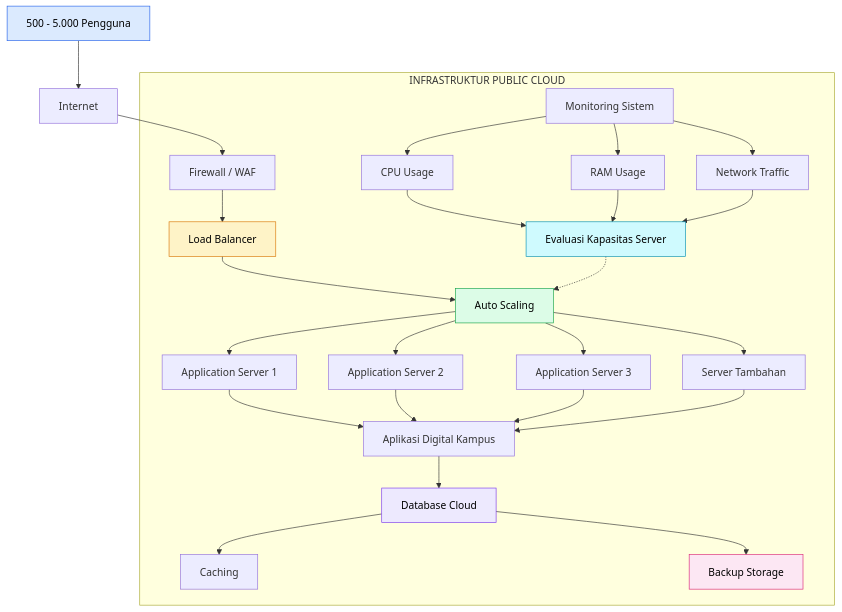
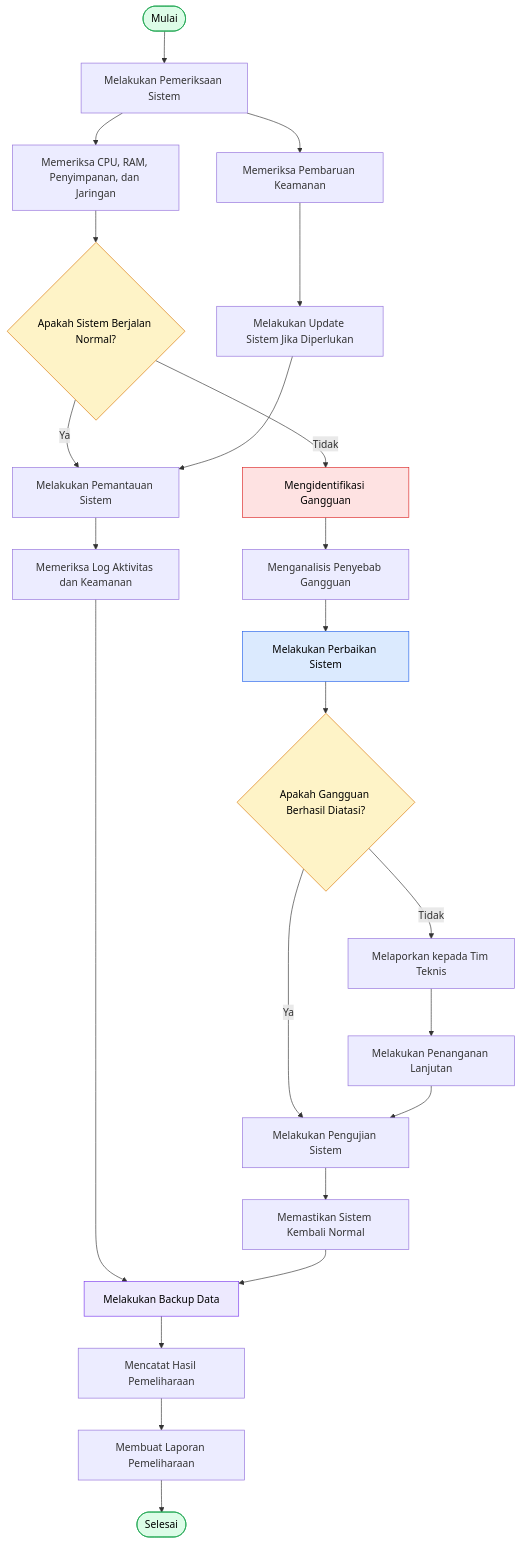
Before and after one commit to Yeni006/Diagram-Arsitektur-Cloud-Digital-Kampus: the diagram in README.md, drawn with Mermaid. The commit also changed other lines of this file, not shown here.

Commit message:
Update flowchart for cloud infrastructure maintenance

````diff
--- a/README.md
+++ b/README.md
@@ -4,64 +4,39 @@
 ```mermaid
 flowchart TD
-    A["500 - 5.000 Pengguna"]
-    B["Internet"]
-    C["Firewall / WAF"]
-    D["Load Balancer"]
-    E["Auto Scaling"]
+    A([Mulai]) --> B["Melakukan Pemeriksaan Sistem"]
+    B --> C["Memeriksa CPU, RAM, Penyimpanan, dan Jaringan"]
+    C --> D{"Apakah Sistem Berjalan Normal?"}
 
-    A --> B
-    B --> C
-    C --> D
-    D --> E
+    D -- "Ya" --> E["Melakukan Pemantauan Sistem"]
+    E --> F["Memeriksa Log Aktivitas dan Keamanan"]
+    F --> G["Melakukan Backup Data"]
+    G --> H["Mencatat Hasil Pemeliharaan"]
+    H --> I["Membuat Laporan Pemeliharaan"]
+    I --> J([Selesai])
 
-    E --> F["Application Server 1"]
-    E --> G["Application Server 2"]
-    E --> H["Application Server 3"]
-    E --> I["Server Tambahan"]
+    D -- "Tidak" --> K["Mengidentifikasi Gangguan"]
+    K --> L["Menganalisis Penyebab Gangguan"]
+    L --> M["Melakukan Perbaikan Sistem"]
+    M --> N{"Apakah Gangguan Berhasil Diatasi?"}
 
-    F --> J["Aplikasi Digital Kampus"]
-    G --> J
-    H --> J
-    I --> J
+    N -- "Ya" --> O["Melakukan Pengujian Sistem"]
+    O --> P["Memastikan Sistem Kembali Normal"]
+    P --> G
 
-    J --> K["Database Cloud"]
-    K --> L["Caching"]
-    K --> M["Backup Storage"]
+    N -- "Tidak" --> Q["Melaporkan kepada Tim Teknis"]
+    Q --> R["Melakukan Penanganan Lanjutan"]
+    R --> O
 
-    N["Monitoring Sistem"]
-    N --> O["CPU Usage"]
-    N --> P["RAM Usage"]
-    N --> Q["Network Traffic"]
+    S["Memeriksa Pembaruan Keamanan"] --> T["Melakukan Update Sistem Jika Diperlukan"]
+    T --> E
 
-    O --> R["Evaluasi Kapasitas Server"]
-    P --> R
-    Q --> R
+    B --> S
 
-    R -.-> E
-
-    subgraph CLOUD["INFRASTRUKTUR PUBLIC CLOUD"]
-        C
-        D
-        E
-        F
-        G
-        H
-        I
-        J
-        K
-        L
-        M
-        N
-        O
-        P
-        Q
-        R
-    end
-
-    style A fill:#dbeafe,stroke:#2563eb,color:#000
+    style A fill:#dcfce7,stroke:#16a34a,color:#000
+    style J fill:#dcfce7,stroke:#16a34a,color:#000
     style D fill:#fef3c7,stroke:#d97706,color:#000
-    style E fill:#dcfce7,stroke:#16a34a,color:#000
-    style K fill:#ede9fe,stroke:#7c3aed,color:#000
-    style M fill:#fce7f3,stroke:#db2777,color:#000
-    style R fill:#cffafe,stroke:#0891b2,color:#000
+    style N fill:#fef3c7,stroke:#d97706,color:#000
+    style K fill:#fee2e2,stroke:#dc2626,color:#000
+    style M fill:#dbeafe,stroke:#2563eb,color:#000
+    style G fill:#ede9fe,stroke:#7c3aed,color:#000
 ```
````
